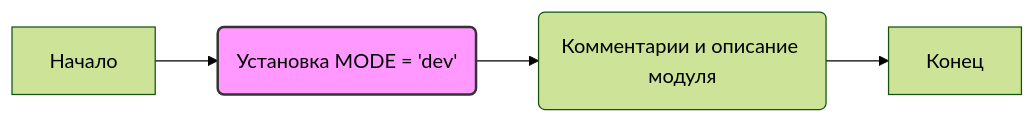
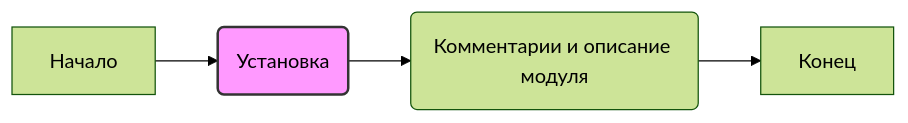
The diagram in docs/gemini/ru/explainer/src/suppliers/ebay/shop.py.md (hypo69/hypo), drawn with Mermaid (forest theme) before and after one commit. The commit also changed other lines of this file and 6031 other files, not shown here.

````diff
--- a/docs/gemini/ru/explainer/src/suppliers/ebay/shop.py.md
+++ b/docs/gemini/ru/explainer/src/suppliers/ebay/shop.py.md
@@ -20,7 +20,7 @@
 ```mermaid
 graph LR
-    A[Начало] --> B(Установка MODE = 'dev');
+    A[Начало] --> B(Установка );
     B --> C(Комментарии и описание модуля);
     C --> D[Конец];
     style B fill:#f9f,stroke:#333,stroke-width:2px
 ```
````
